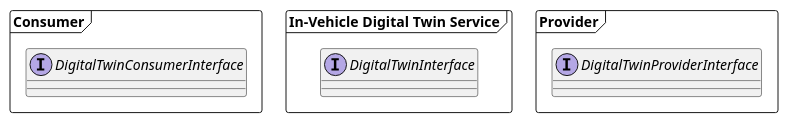
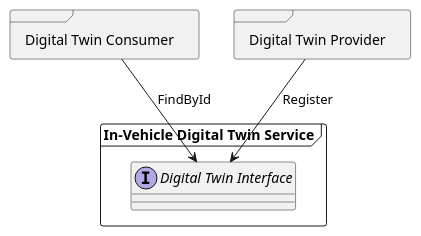
One commit to eclipse-ibeji/ibeji changed the diagram in docs/design/diagrams/ibeji_component.puml. Above: the diagram before and after it, drawn with PlantUML. The commit also changed 42 other files, not shown here.

```diff
--- a/docs/design/diagrams/ibeji_component.puml
+++ b/docs/design/diagrams/ibeji_component.puml
@@ -1,15 +1,17 @@
 @startuml
 
-frame "Consumer" {
-  interface DigitalTwinConsumerInterface
+frame "Digital Twin Consumer" {
 }
 
 frame "In-Vehicle Digital Twin Service" {
-  interface DigitalTwinInterface
+  interface "Digital Twin Interface"
 }
 
-frame "Provider" {
-  interface DigitalTwinProviderInterface
+frame "Digital Twin Provider" {
 }
 
+"Digital Twin Provider" --> "Digital Twin Interface" : Register
+
+"Digital Twin Consumer" --> "Digital Twin Interface" : FindById
+
 @enduml
```
